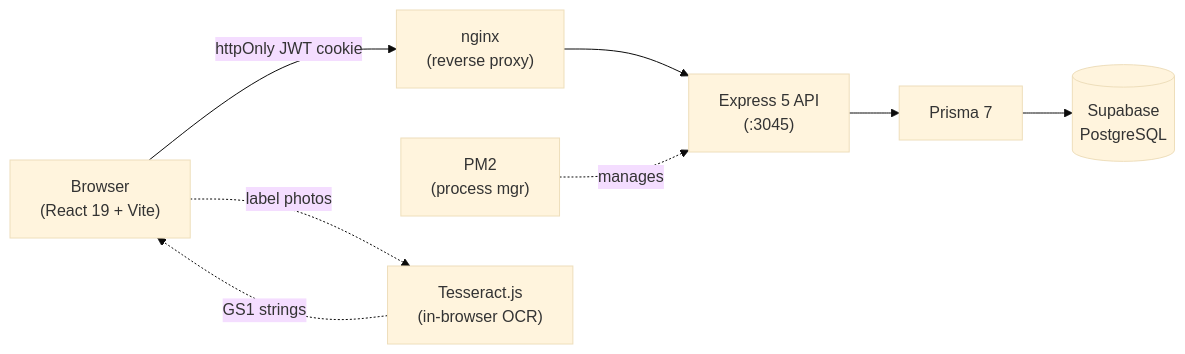
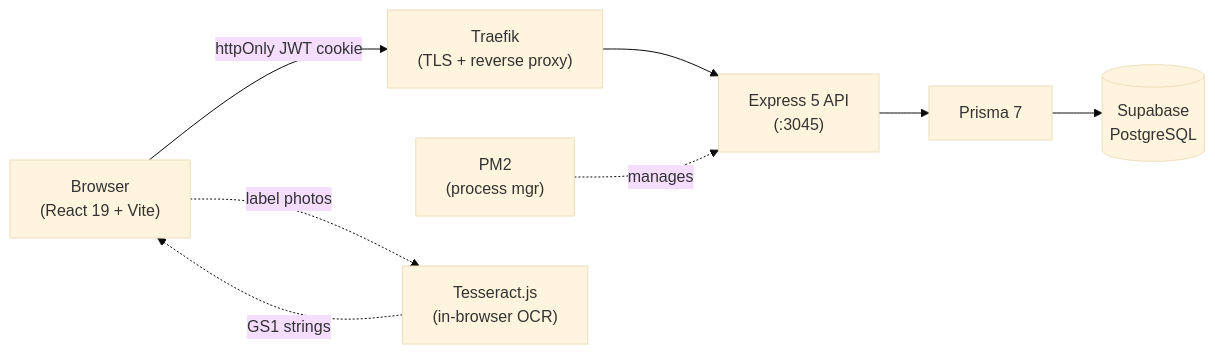
One commit to phillyshah/NailTracker changed the diagram in README.md. Above: the diagram before and after it, drawn with Mermaid (base theme). The commit also changed other lines of this file and 2 other files, not shown here.

````diff
--- a/README.md
+++ b/README.md
@@ -9,17 +9,17 @@
 ```mermaid
 flowchart LR
     Browser["Browser\n(React 19 + Vite)"]
     API["Express 5 API\n(:3045)"]
     Prisma["Prisma 7"]
     DB[("Supabase\nPostgreSQL")]
     PM2["PM2\n(process mgr)"]
-    nginx["nginx\n(reverse proxy)"]
+    Traefik["Traefik\n(TLS + reverse proxy)"]
     OCR["Tesseract.js\n(in-browser OCR)"]
 
-    Browser -- "httpOnly JWT cookie" --> nginx
-    nginx --> API
+    Browser -- "httpOnly JWT cookie" --> Traefik
+    Traefik --> API
     API --> Prisma --> DB
     PM2 -. manages .-> API
     Browser -. "label photos" .-> OCR
     OCR -. "GS1 strings" .-> Browser
 ```
````
